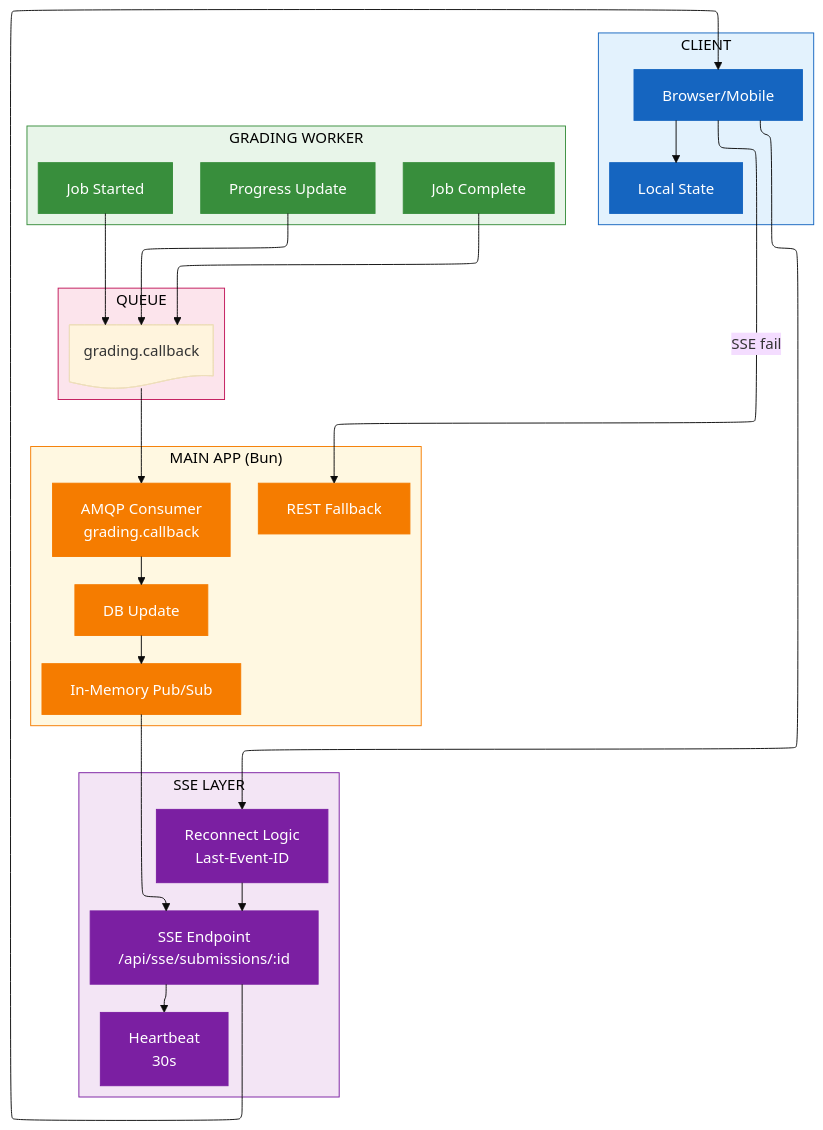
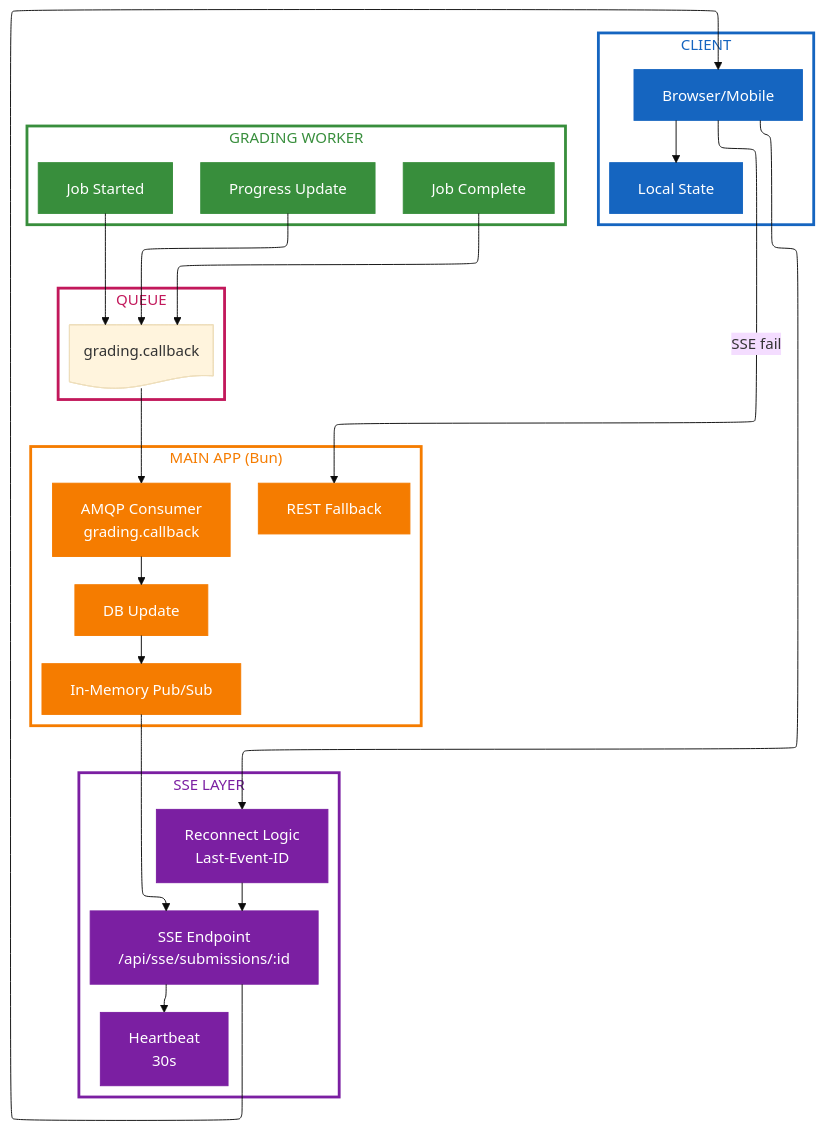
Before and after one commit to nghyane/VSTEP: the seventh of 12 diagrams in docs/capstone/diagrams/flow-diagrams.vi.md, drawn with Mermaid (base theme). The commit also changed other lines of this file, not shown here.

````diff
--- a/docs/capstone/diagrams/flow-diagrams.vi.md
+++ b/docs/capstone/diagrams/flow-diagrams.vi.md
@@ -377,71 +377,71 @@
 ```mermaid
 ---
 config:
   layout: elk
 ---
 flowchart TB
     subgraph Client["CLIENT"]
         Browser["Browser/Mobile"]
         LocalState["Local State"]
     end
 
     subgraph SSE["SSE LAYER"]
         Endpoint["SSE Endpoint\n/api/sse/submissions/:id"]
         Heartbeat["Heartbeat\n30s"]
         Reconnect["Reconnect Logic\nLast-Event-ID"]
     end
 
     subgraph Bun["MAIN APP (Bun)"]
         Consumer["AMQP Consumer\ngrading.callback"]
         PubSub["In-Memory Pub/Sub"]
         DBUpdate["DB Update"]
         Fallback["REST Fallback"]
     end
 
     subgraph Worker["GRADING WORKER"]
         JobStart["Job Started"]
         Progress["Progress Update"]
         JobComplete["Job Complete"]
     end
 
     subgraph Queue["QUEUE"]
         CbQueue@{ shape: doc, label: "grading.callback" }
     end
 
     JobStart --> CbQueue
     Progress --> CbQueue
     JobComplete --> CbQueue
     
     CbQueue --> Consumer --> DBUpdate --> PubSub --> Endpoint
     Endpoint --> Browser --> LocalState
     
     Browser -->|"SSE fail"| Fallback
     
     Endpoint --> Heartbeat
     Browser --> Reconnect --> Endpoint
 
     %% Nodes
     classDef client fill:#1565c0,stroke:#1565c0,color:#fff
     classDef sse fill:#7b1fa2,stroke:#7b1fa2,color:#fff
     classDef bun fill:#f57c00,stroke:#f57c00,color:#fff
     classDef worker fill:#388e3c,stroke:#388e3c,color:#fff
     classDef queue fill:#c2185b,stroke:#c2185b,color:#fff
 
     %% Boxes
-    classDef clientBox fill:#e3f2fd,stroke:#1565c0,color:#000
-    classDef sseBox fill:#f3e5f5,stroke:#7b1fa2,color:#000
-    classDef bunBox fill:#fff8e1,stroke:#f57c00,color:#000
-    classDef workerBox fill:#e8f5e9,stroke:#388e3c,color:#000
-    classDef queueBox fill:#fce4ec,stroke:#c2185b,color:#000
+    classDef clientBox fill:none,stroke:#1565c0,stroke-width:3px,color:#1565c0
+    classDef sseBox fill:none,stroke:#7b1fa2,stroke-width:3px,color:#7b1fa2
+    classDef bunBox fill:none,stroke:#f57c00,stroke-width:3px,color:#f57c00
+    classDef workerBox fill:none,stroke:#388e3c,stroke-width:3px,color:#388e3c
+    classDef queueBox fill:none,stroke:#c2185b,stroke-width:3px,color:#c2185b
 
     class Client clientBox
     class SSE sseBox
     class Bun bunBox
     class Worker workerBox
     class Queue queueBox
 
     class Browser,LocalState client
     class Endpoint,Heartbeat,Reconnect sse
     class Consumer,PubSub,DBUpdate,Fallback bun
     class JobStart,Progress,JobComplete worker
 ```
````
